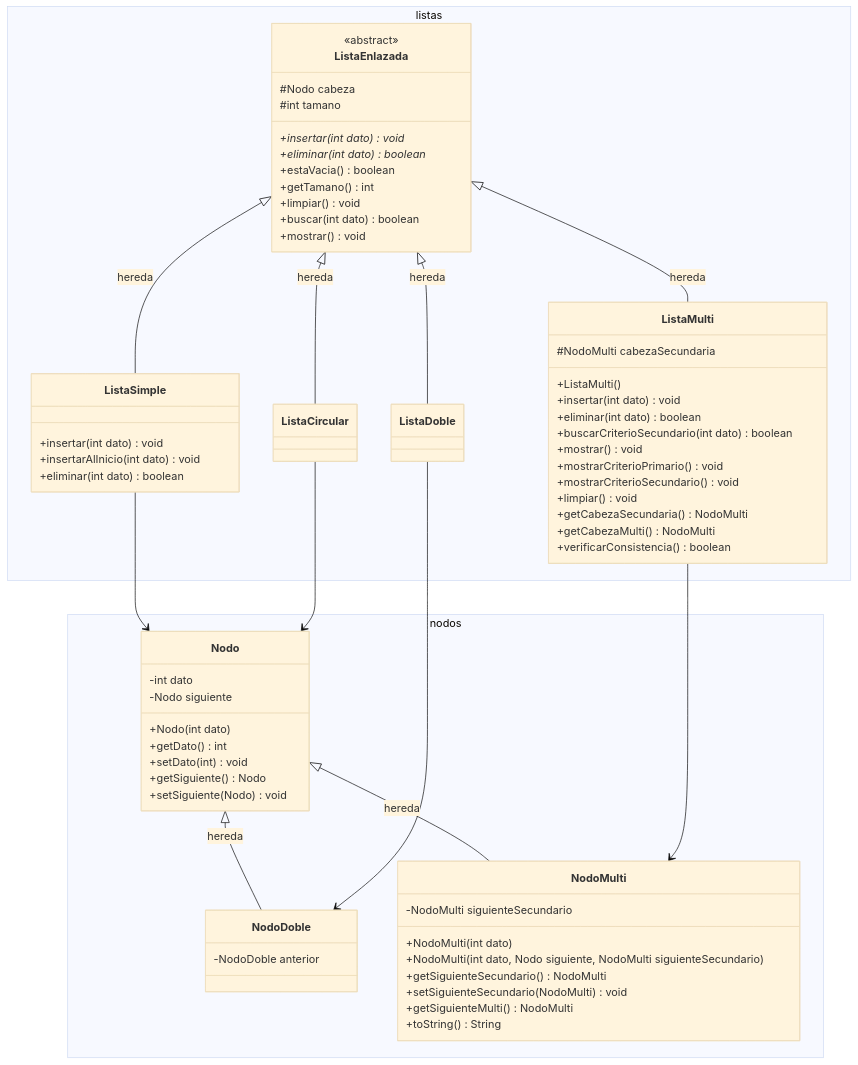
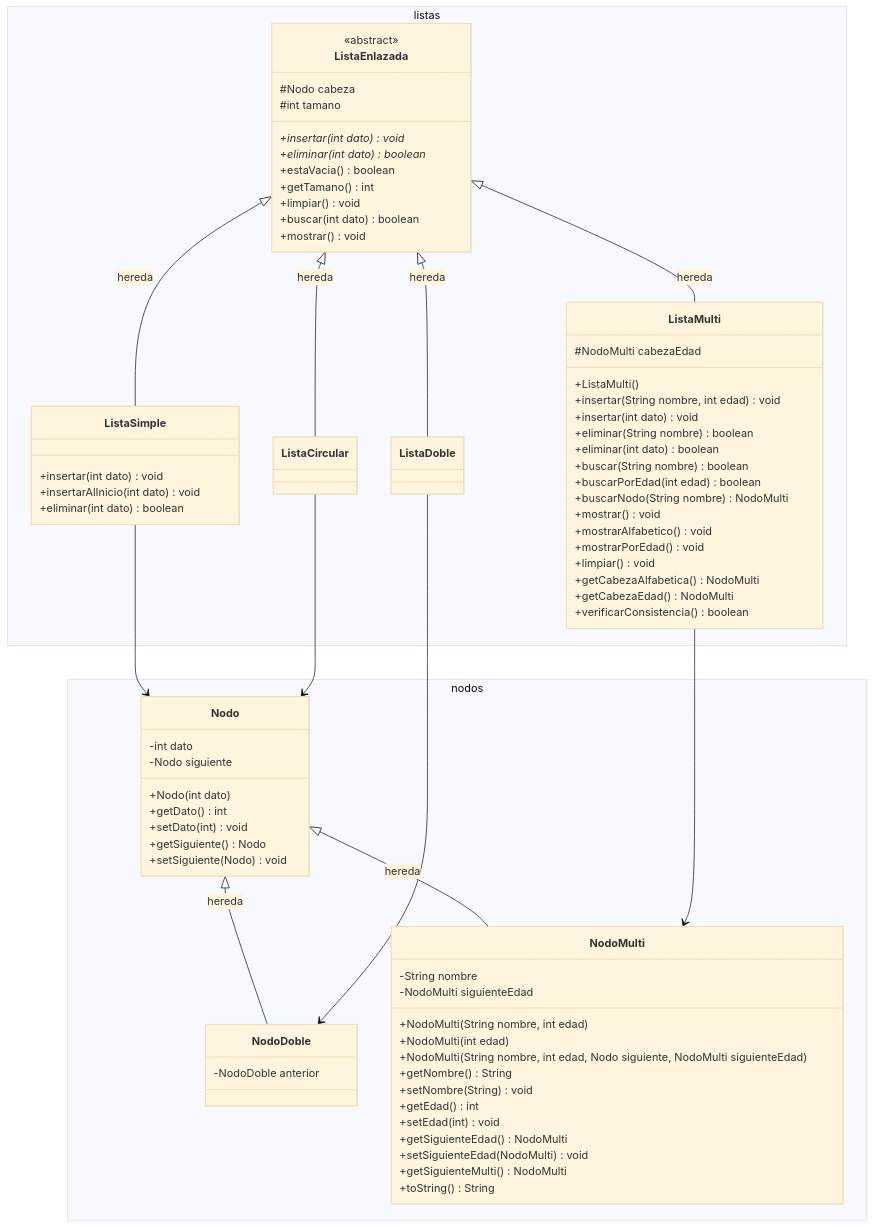
One commit to CrisDLS/Estructuras-de-Datos-umb changed the diagram in Parcial_2/Listas_Enlazadas/docs/diagrama_clases.md. Above: the diagram before and after it, drawn with Mermaid (base theme). The commit also changed other lines of this file, not shown here.

Commit message:
docs(listas): actualizar diagrama Mermaid con atributos de Persona en ListaMulti
- Incorpora nombre y siguienteEdad en NodoMulti.
- Refleja cabezaEdad y nuevas firmas sobrecargadas en ListaMulti.

```diff
--- a/Parcial_2/Listas_Enlazadas/docs/diagrama_clases.md
+++ b/Parcial_2/Listas_Enlazadas/docs/diagrama_clases.md
@@ -20,11 +20,17 @@
             -NodoDoble anterior
         }
         class NodoMulti {
-            -NodoMulti siguienteSecundario
-            +NodoMulti(int dato)
-            +NodoMulti(int dato, Nodo siguiente, NodoMulti siguienteSecundario)
-            +getSiguienteSecundario() NodoMulti
-            +setSiguienteSecundario(NodoMulti) void
+            -String nombre
+            -NodoMulti siguienteEdad
+            +NodoMulti(String nombre, int edad)
+            +NodoMulti(int edad)
+            +NodoMulti(String nombre, int edad, Nodo siguiente, NodoMulti siguienteEdad)
+            +getNombre() String
+            +setNombre(String) void
+            +getEdad() int
+            +setEdad(int) void
+            +getSiguienteEdad() NodoMulti
+            +setSiguienteEdad(NodoMulti) void
             +getSiguienteMulti() NodoMulti
             +toString() String
         }
@@ -53,17 +59,21 @@
         class ListaCircular {
         }
         class ListaMulti {
-            #NodoMulti cabezaSecundaria
+            #NodoMulti cabezaEdad
             +ListaMulti()
+            +insertar(String nombre, int edad) void
             +insertar(int dato) void
+            +eliminar(String nombre) boolean
             +eliminar(int dato) boolean
-            +buscarCriterioSecundario(int dato) boolean
+            +buscar(String nombre) boolean
+            +buscarPorEdad(int edad) boolean
+            +buscarNodo(String nombre) NodoMulti
             +mostrar() void
-            +mostrarCriterioPrimario() void
-            +mostrarCriterioSecundario() void
+            +mostrarAlfabetico() void
+            +mostrarPorEdad() void
             +limpiar() void
-            +getCabezaSecundaria() NodoMulti
-            +getCabezaMulti() NodoMulti
+            +getCabezaAlfabetica() NodoMulti
+            +getCabezaEdad() NodoMulti
             +verificarConsistencia() boolean
         }
     }
```
